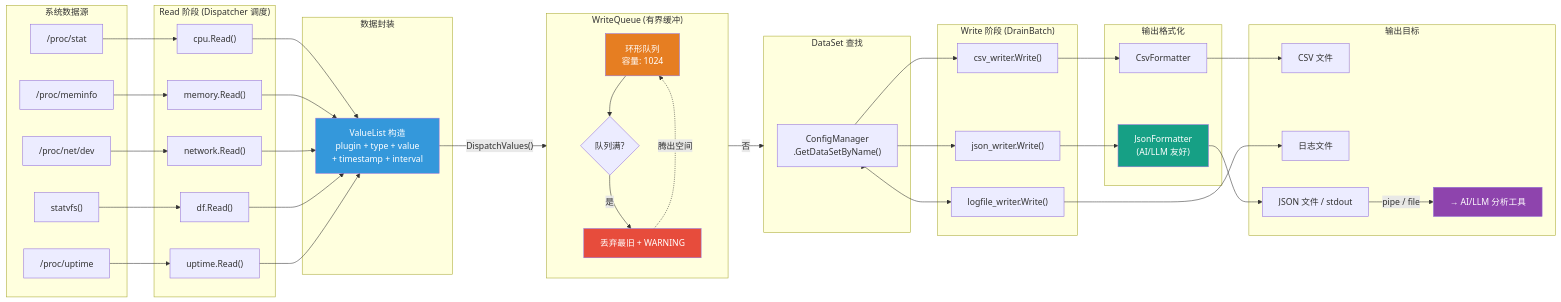
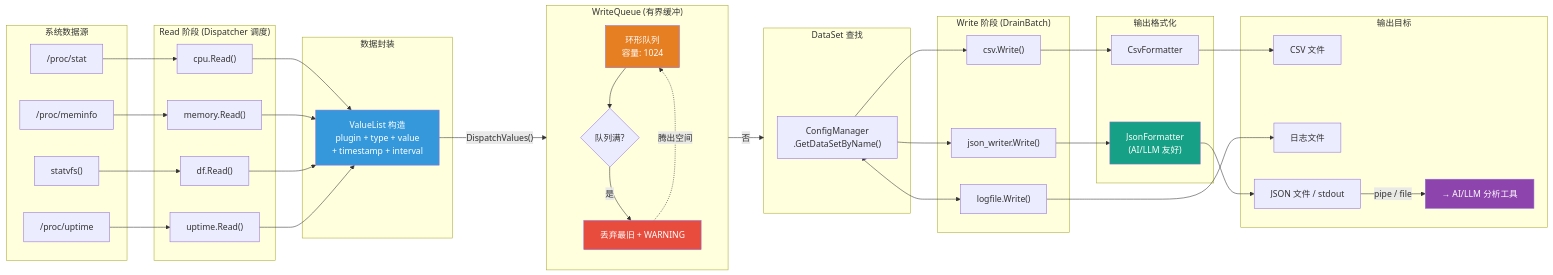
One commit to 2shouTOcopy/collect changed the third of 3 diagrams in doc/architecture.md. Above: the diagram before and after it, drawn with Mermaid. The commit also changed other lines of this file and 27 other files, not shown here.

```diff
--- a/doc/architecture.md
+++ b/doc/architecture.md
@@ -191,17 +199,15 @@
     subgraph Sources["系统数据源"]
         S1["/proc/stat"]
         S2["/proc/meminfo"]
-        S3["/proc/net/dev"]
-        S4["statvfs()"]
-        S5["/proc/uptime"]
+        S3["statvfs()"]
+        S4["/proc/uptime"]
     end
 
     subgraph ReadPhase["Read 阶段 (Dispatcher 调度)"]
         R1["cpu.Read()"]
         R2["memory.Read()"]
-        R3["network.Read()"]
-        R4["df.Read()"]
-        R5["uptime.Read()"]
+        R3["df.Read()"]
+        R4["uptime.Read()"]
     end
 
     subgraph Transform["数据封装"]
@@ -220,8 +226,8 @@
     end
 
     subgraph WritePhase["Write 阶段 (DrainBatch)"]
-        W1["csv_writer.Write()"]
-        W2["logfile_writer.Write()"]
+        W1["csv.Write()"]
+        W2["logfile.Write()"]
         W3["json_writer.Write()"]
     end
 
@@ -242,14 +248,12 @@
     S2 --> R2
     S3 --> R3
     S4 --> R4
-    S5 --> R5
 
     %% Read → ValueList
     R1 --> VL
     R2 --> VL
     R3 --> VL
     R4 --> VL
-    R5 --> VL
 
     %% ValueList → Buffer
     VL -->|"DispatchValues()"| Q
```
